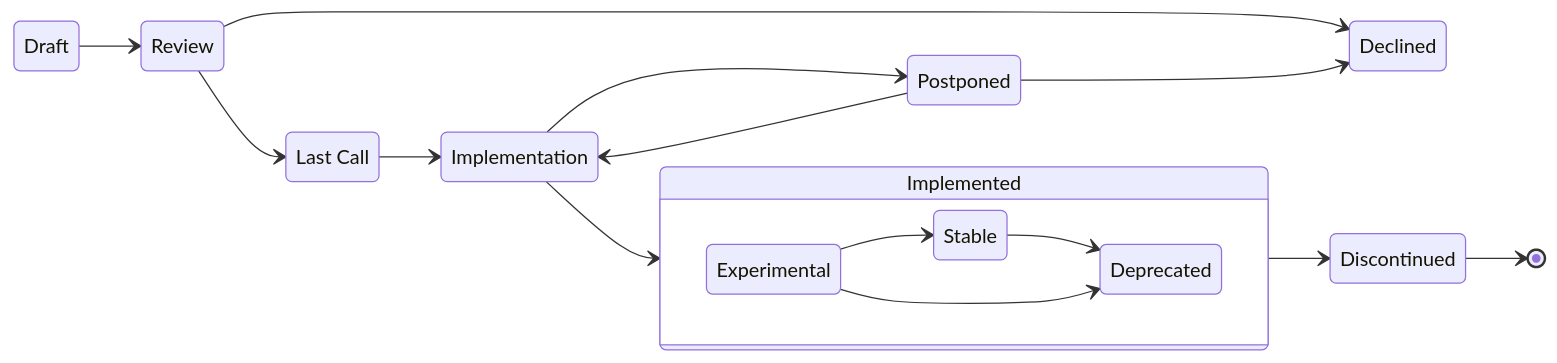
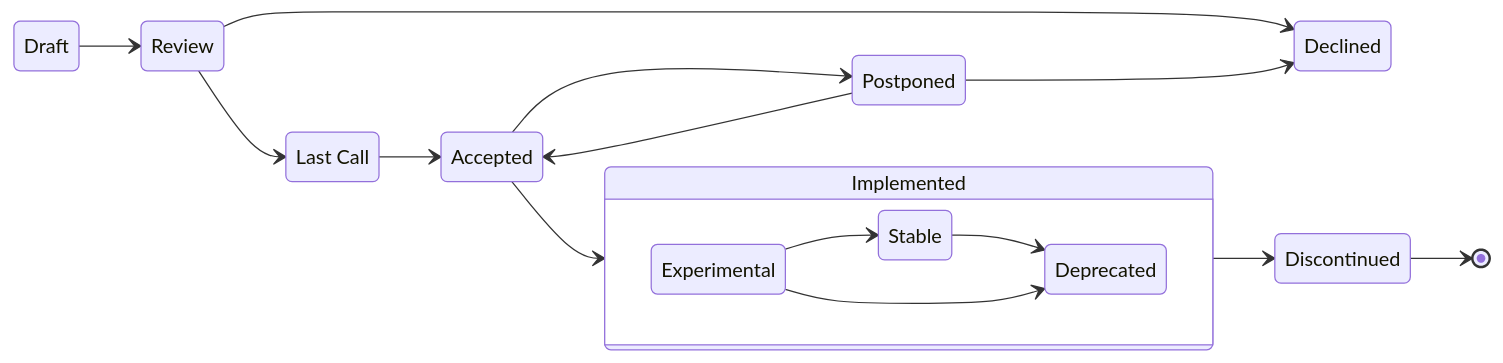
One commit to MetaMask/metamask-improvement-proposals changed the diagram in PROCESS-GUIDE.md. Above: the diagram before and after it, drawn with Mermaid. The commit also changed other lines of this file and 4 other files, not shown here.

````diff
--- a/PROCESS-GUIDE.md
+++ b/PROCESS-GUIDE.md
@@ -74,21 +76,21 @@
 ```mermaid
 stateDiagram-v2
     direction LR
     Draft-->Review
 	Review-->Declined
 	state "Last Call" as LC
     Review-->LC  
-	LC-->Implementation
+	LC-->Accepted
 	Postponed-->Declined
-    Implementation-->Postponed
-	Postponed-->Implementation
-    Implementation-->Implemented
+    Accepted-->Postponed
+	Postponed-->Accepted
+    Accepted-->Implemented
     state Implemented {
 		direction LR
 		Experimental-->Stable
 	    Stable-->Deprecated
 		Experimental-->Deprecated
 	}
 	Implemented-->Discontinued
 	Discontinued-->[*]
 ```
````
